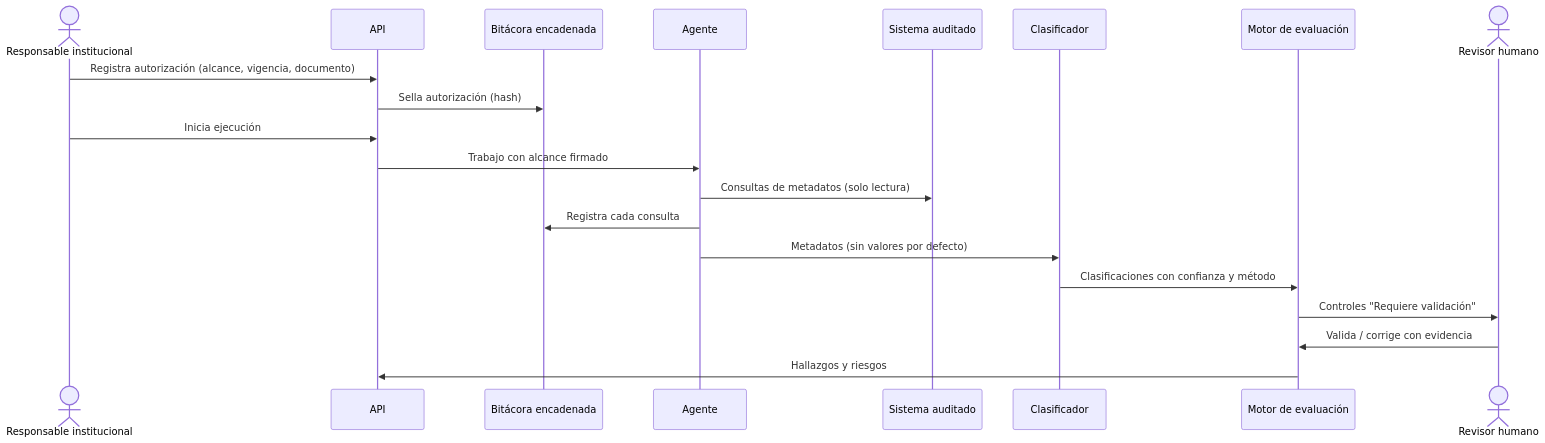
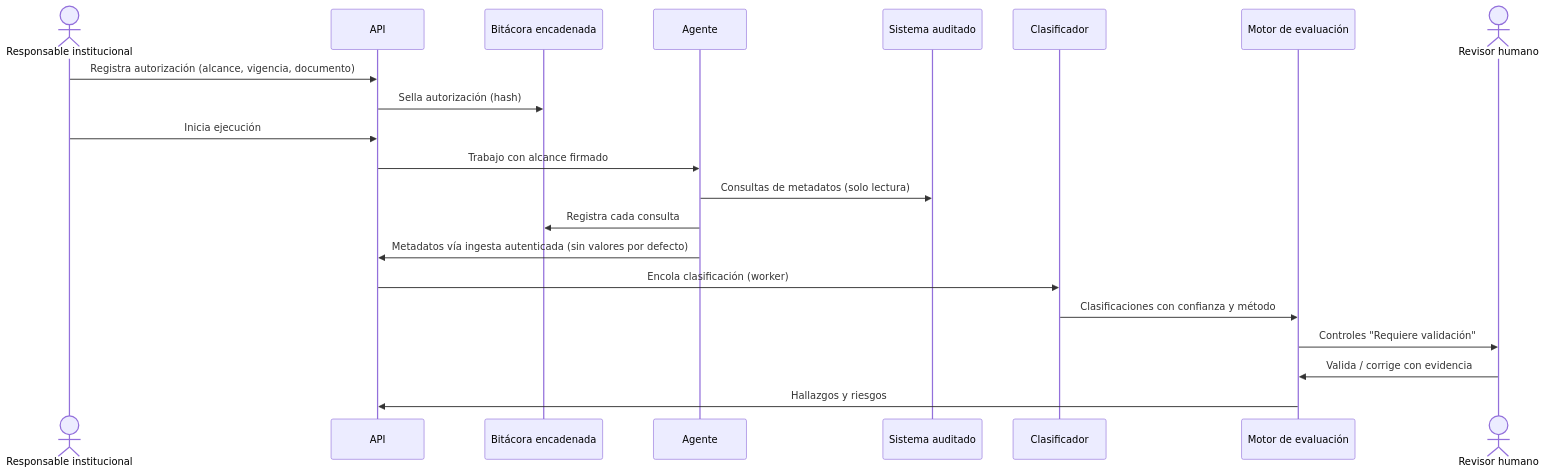
Before and after one commit to alejandroeavilae-cpu/Agente_auditor_21719-: the second of 5 diagrams in docs/fase-0/05-arquitectura.md, drawn with Mermaid. The commit also changed other lines of this file and 22 other files, not shown here.

````diff
--- a/docs/fase-0/05-arquitectura.md
+++ b/docs/fase-0/05-arquitectura.md
@@ -105,22 +106,23 @@
 ```mermaid
 sequenceDiagram
   actor R as Responsable institucional
   participant API
   participant BIT as Bitácora encadenada
   participant AG as Agente
   participant SYS as Sistema auditado
   participant CLS as Clasificador
   participant EV as Motor de evaluación
   actor H as Revisor humano
   R->>API: Registra autorización (alcance, vigencia, documento)
   API->>BIT: Sella autorización (hash)
   R->>API: Inicia ejecución
   API->>AG: Trabajo con alcance firmado
   AG->>SYS: Consultas de metadatos (solo lectura)
   AG->>BIT: Registra cada consulta
-  AG->>CLS: Metadatos (sin valores por defecto)
+  AG->>API: Metadatos vía ingesta autenticada (sin valores por defecto)
+  API->>CLS: Encola clasificación (worker)
   CLS->>EV: Clasificaciones con confianza y método
   EV->>H: Controles "Requiere validación"
   H->>EV: Valida / corrige con evidencia
   EV->>API: Hallazgos y riesgos
 ```
````
